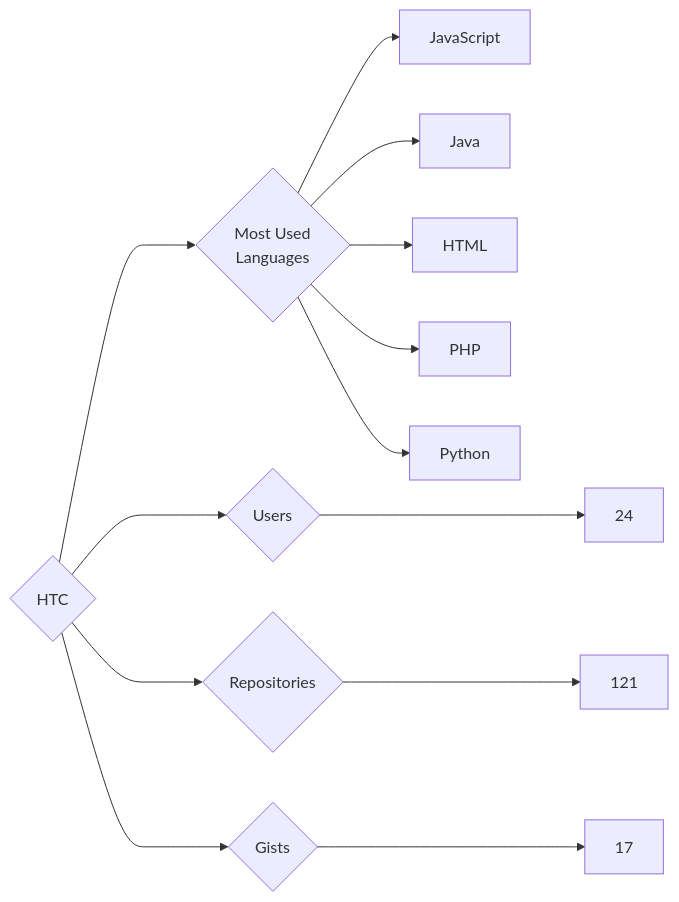
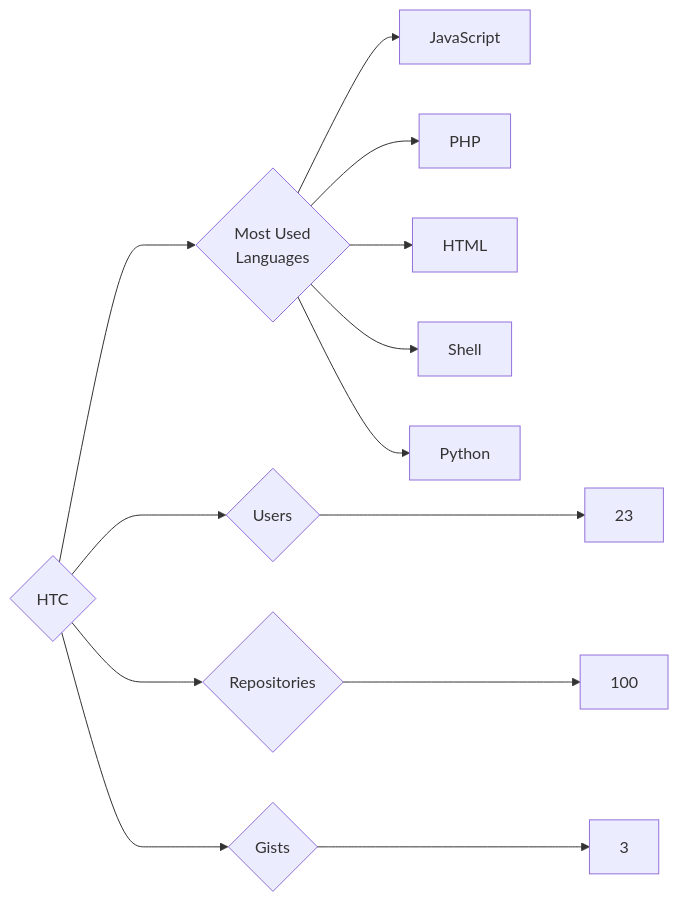
Before and after one commit to trickest/insiders: the diagram in targets/HTC/README.md, drawn with Mermaid. The commit also changed 750 other files, not shown here.

````diff
--- a/targets/HTC/README.md
+++ b/targets/HTC/README.md
@@ -3,13 +3,13 @@
 ```mermaid
 graph LR
 COMPANY_NAME{HTC}
-COMPANY_NAME ---> U{Users} ---> UN[24]
-COMPANY_NAME ---> R{Repositories} ---> RN[121]
-COMPANY_NAME ---> G{Gists} ---> GN[17]
+COMPANY_NAME ---> U{Users} ---> UN[23]
+COMPANY_NAME ---> R{Repositories} ---> RN[100]
+COMPANY_NAME ---> G{Gists} ---> GN[3]
 COMPANY_NAME ---> ML{Most Used<br>Languages}
 ML --> JavaScript[JavaScript]
-ML --> Java[Java]
+ML --> PHP[PHP]
 ML --> HTML[HTML]
-ML --> PHP[PHP]
+ML --> Shell[Shell]
 ML --> Python[Python]
 ```
````
